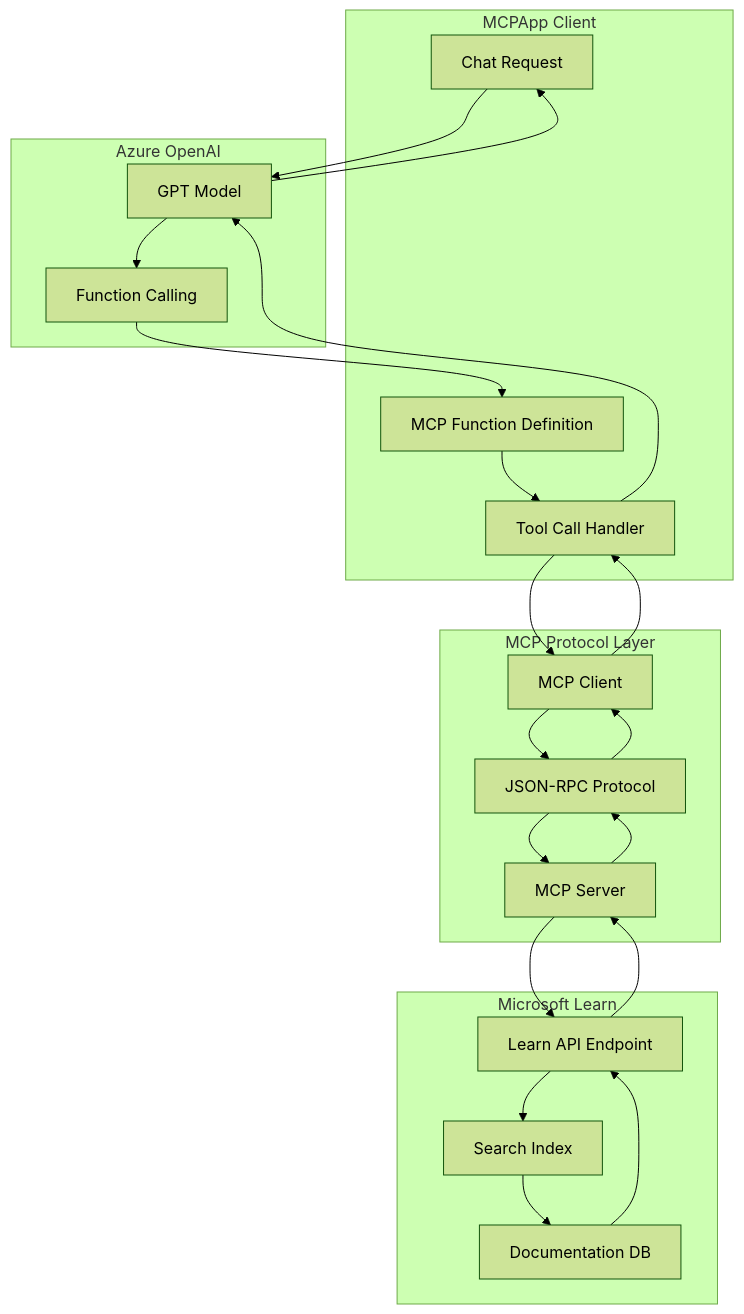
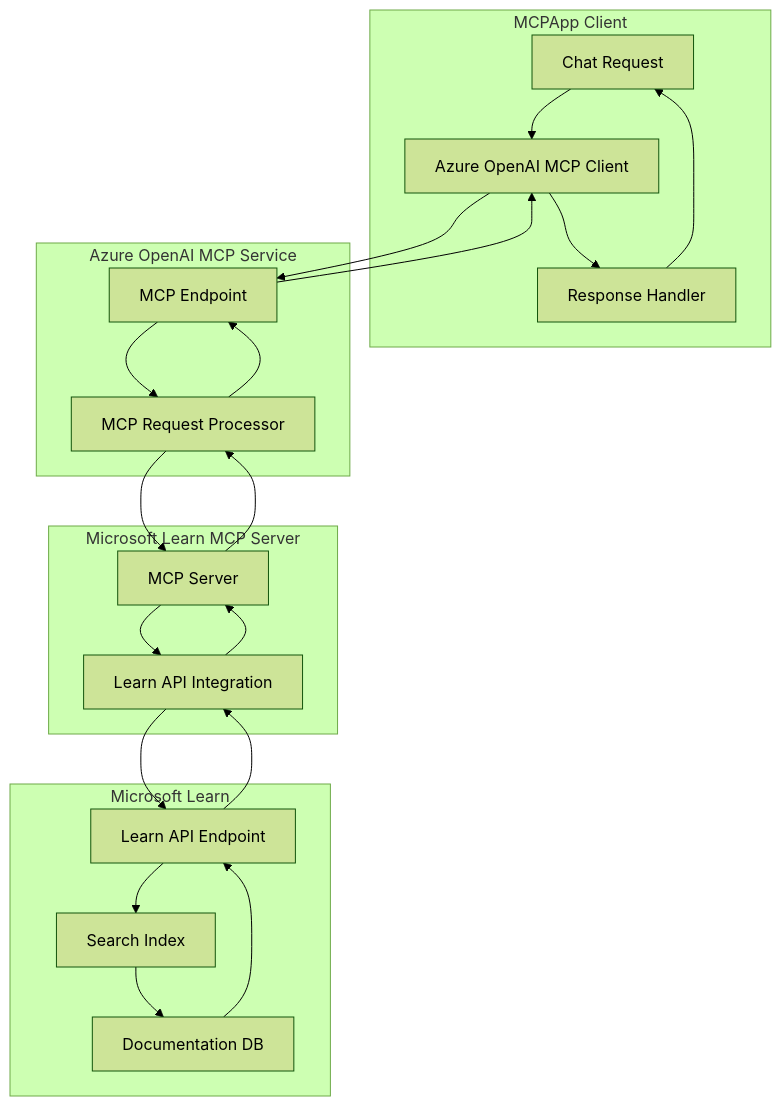
The fourth of 7 diagrams in ARCHITECTURE.md (balakreshnan/mcpapp), drawn with Mermaid (forest theme) before and after one commit. The commit also changed other lines of this file and 5 other files, not shown here.

Commit message:
Update documentation to reflect new Azure OpenAI TTS and enhanced MCP integration

````diff
--- a/ARCHITECTURE.md
+++ b/ARCHITECTURE.md
@@ -165,43 +174,41 @@
 ```mermaid
 graph TB
     subgraph "MCPApp Client"
         ChatReq[Chat Request]
-        MCPFunc[MCP Function Definition]
-        ToolCall[Tool Call Handler]
+        MCPClient[Azure OpenAI MCP Client]
+        ResponseHandler[Response Handler]
     end
     
-    subgraph "Azure OpenAI"
-        GPTModel[GPT Model]
-        FunctionCall[Function Calling]
+    subgraph "Azure OpenAI MCP Service"
+        MCPEndpoint[MCP Endpoint]
+        MCPProcessor[MCP Request Processor]
     end
     
-    subgraph "MCP Protocol Layer"
-        MCPClient[MCP Client]
+    subgraph "Microsoft Learn MCP Server"
         MCPServer[MCP Server]
-        Protocol[JSON-RPC Protocol]
+        LearnAPI[Learn API Integration]
     end
     
     subgraph "Microsoft Learn"
-        LearnAPI[Learn API Endpoint]
+        LearnEndpoint[Learn API Endpoint]
         Documentation[Documentation DB]
         SearchIndex[Search Index]
     end
     
-    ChatReq --> GPTModel
-    GPTModel --> FunctionCall
-    FunctionCall --> MCPFunc
-    MCPFunc --> ToolCall
-    ToolCall --> MCPClient
-    MCPClient --> Protocol
-    Protocol --> MCPServer
+    ChatReq --> MCPClient
+    MCPClient --> MCPEndpoint
+    MCPEndpoint --> MCPProcessor
+    MCPProcessor --> MCPServer
     MCPServer --> LearnAPI
-    LearnAPI --> SearchIndex
+    LearnAPI --> LearnEndpoint
+    LearnEndpoint --> SearchIndex
     SearchIndex --> Documentation
-    Documentation --> LearnAPI
+    Documentation --> LearnEndpoint
+    LearnEndpoint --> LearnAPI
     LearnAPI --> MCPServer
-    MCPServer --> Protocol
-    Protocol --> MCPClient
-    MCPClient --> ToolCall
-    ToolCall --> GPTModel
-    GPTModel --> ChatReq
+    MCPServer --> MCPProcessor
+    MCPProcessor --> MCPEndpoint
+    MCPEndpoint --> MCPClient
+    MCPClient --> ResponseHandler
+    ResponseHandler --> ChatReq
 ```
````
